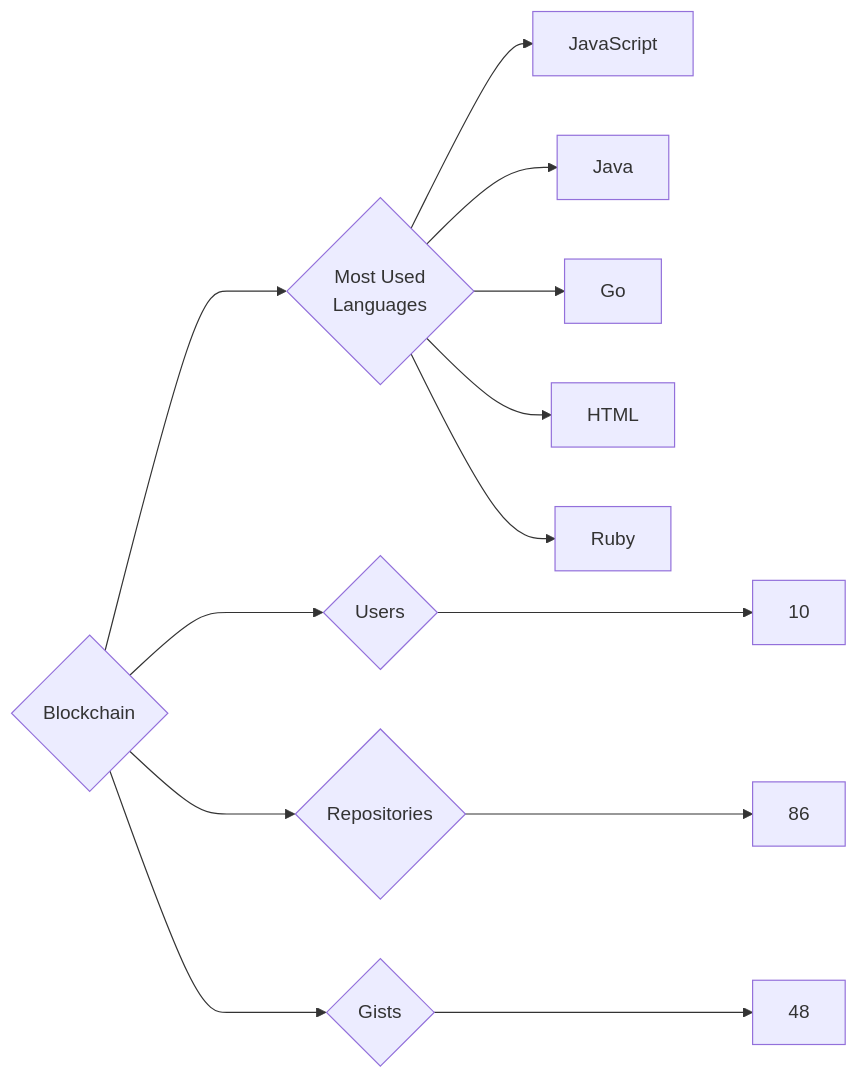
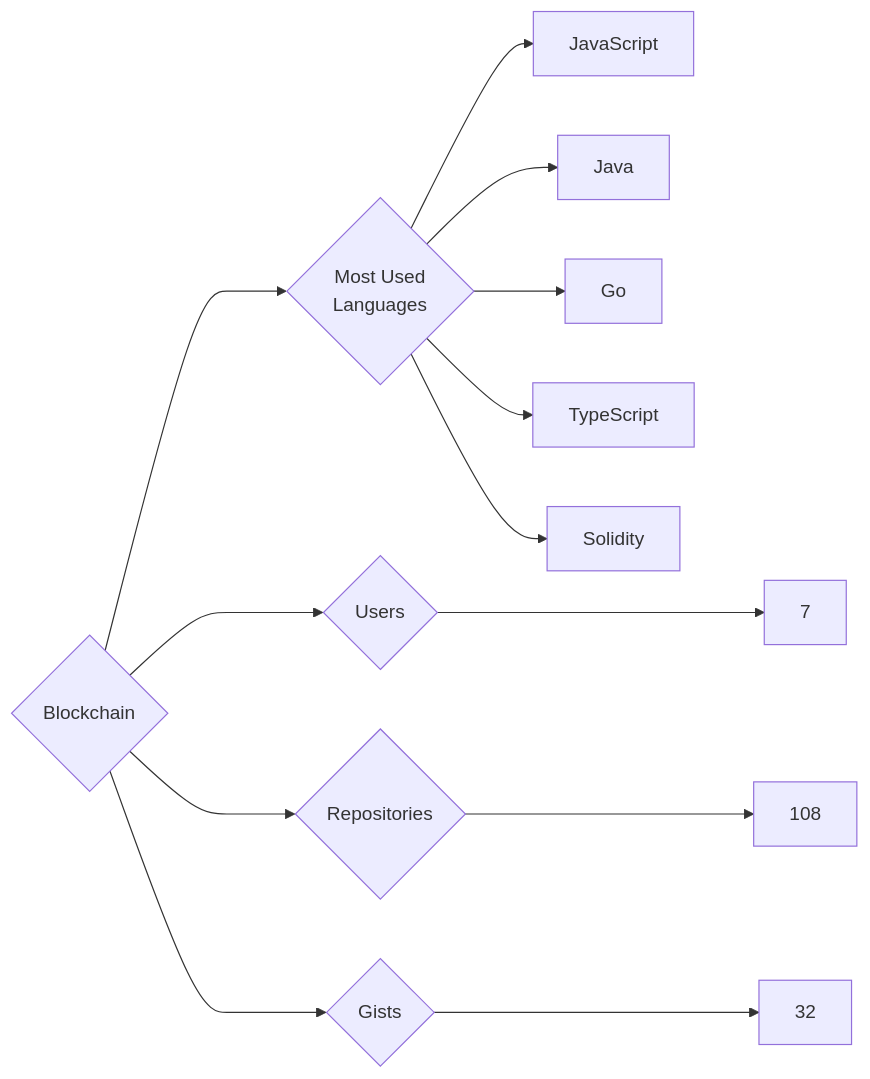
The diagram in targets/Blockchain/README.md (trickest/insiders), drawn with Mermaid before and after one commit. The commit also changed 1238 other files, not shown here.

````diff
--- a/targets/Blockchain/README.md
+++ b/targets/Blockchain/README.md
@@ -3,13 +3,13 @@
 ```mermaid
 graph LR
 COMPANY_NAME{Blockchain}
-COMPANY_NAME ---> U{Users} ---> UN[10]
-COMPANY_NAME ---> R{Repositories} ---> RN[86]
-COMPANY_NAME ---> G{Gists} ---> GN[48]
+COMPANY_NAME ---> U{Users} ---> UN[7]
+COMPANY_NAME ---> R{Repositories} ---> RN[108]
+COMPANY_NAME ---> G{Gists} ---> GN[32]
 COMPANY_NAME ---> ML{Most Used<br>Languages}
 ML --> JavaScript[JavaScript]
 ML --> Java[Java]
 ML --> Go[Go]
-ML --> HTML[HTML]
-ML --> Ruby[Ruby]
+ML --> TypeScript[TypeScript]
+ML --> Solidity[Solidity]
 ```
````
